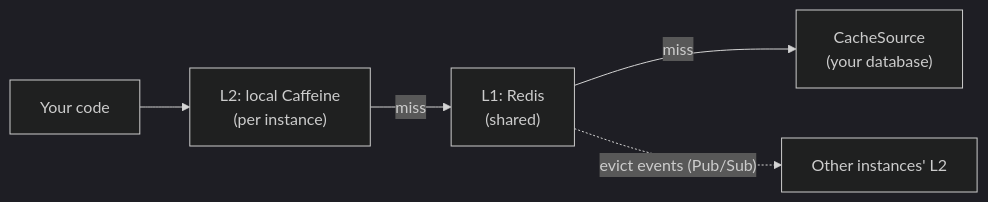
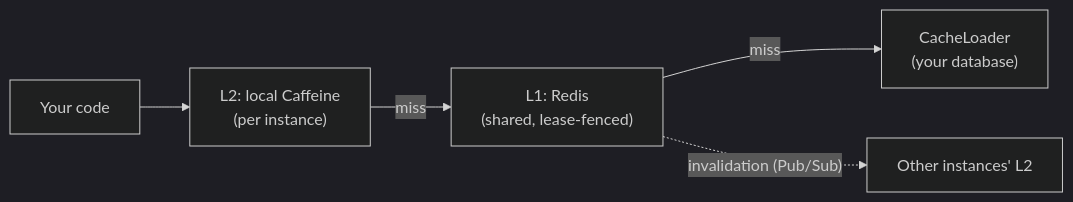
The diagram in README.md (Ahoo-Wang/CoCache), drawn with Mermaid (dark theme) before and after one commit. The commit also changed other lines of this file and 15 other files, not shown here.

Commit message:
docs: rewrite architecture, AGENTS, README, skills for 6.0

````diff
--- a/README.md
+++ b/README.md
@@ -17,7 +17,7 @@
 ```mermaid
 flowchart LR
     App["Your code"] --> L2["L2: local Caffeine<br>(per instance)"]
-    L2 -- miss --> L1["L1: Redis<br>(shared)"]
-    L1 -- miss --> Src["CacheSource<br>(your database)"]
-    L1 -. "evict events (Pub/Sub)" .-> Peers["Other instances' L2"]
+    L2 -- miss --> L1["L1: Redis<br>(shared, lease-fenced)"]
+    L1 -- miss --> Src["CacheLoader<br>(your database)"]
+    L1 -. "invalidation (Pub/Sub)" .-> Peers["Other instances' L2"]
 ```
````
